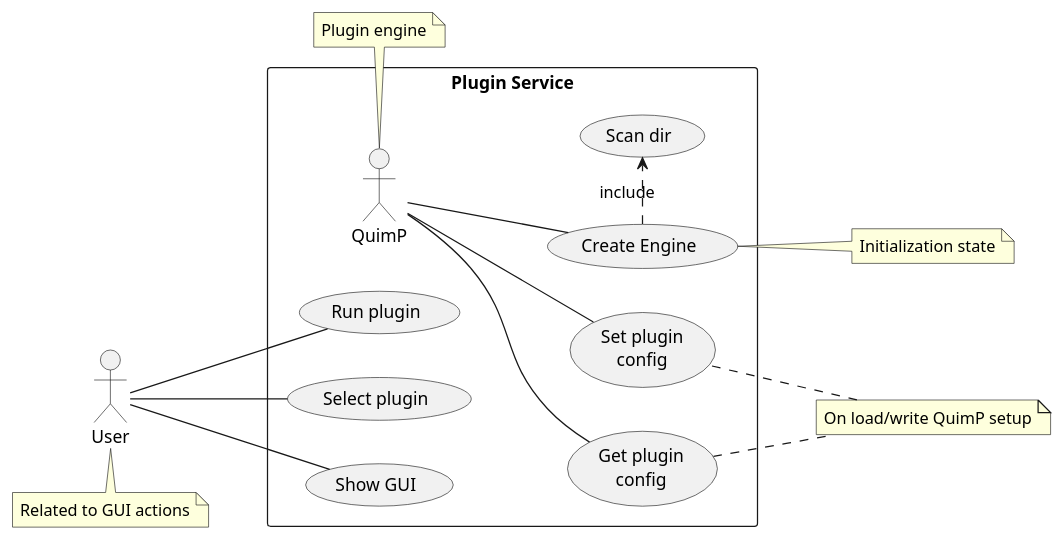
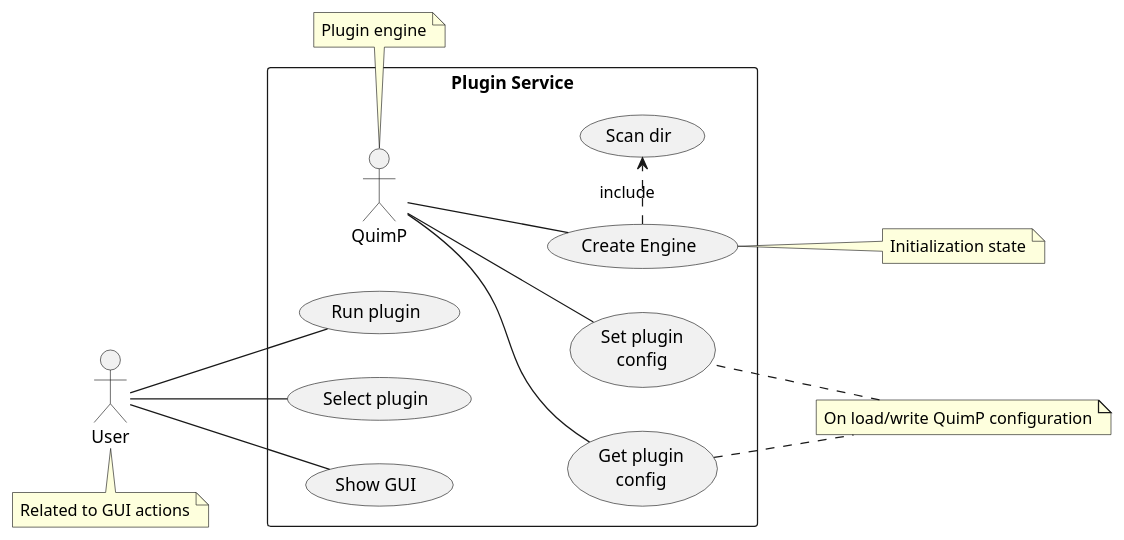
The first of 2 diagrams in Doxygen_doc/SnakePlugin.md (CellDynamics/QuimP), drawn with PlantUML before and after one commit. The commit also changed other lines of this file and 1 other file, not shown here.

```diff
--- a/Doxygen_doc/SnakePlugin.md
+++ b/Doxygen_doc/SnakePlugin.md
@@ -10,21 +28,21 @@
-@startuml "Use cases for plugin interface"
+@startuml
 left to right direction
 
 :User: as user
 rectangle "Plugin Service" {
     :QuimP: as quimp
     quimp--(Create Engine)
     (Create Engine) .> (Scan dir) : include
     user--(Run plugin)
     user--(Select plugin)
     user--(Show GUI)
     quimp--(Get plugin\nconfig)
     quimp--(Set plugin\nconfig)
 }
 note bottom of user : Related to GUI actions
 note top of quimp : Plugin engine
 note right of (Create Engine) : Initialization state
-note "On load/write QuimP setup" as N2
+note "On load/write QuimP configuration" as N2
 (Get plugin\nconfig) .. N2
 N2 .. (Set plugin\nconfig)
 @enduml
```
